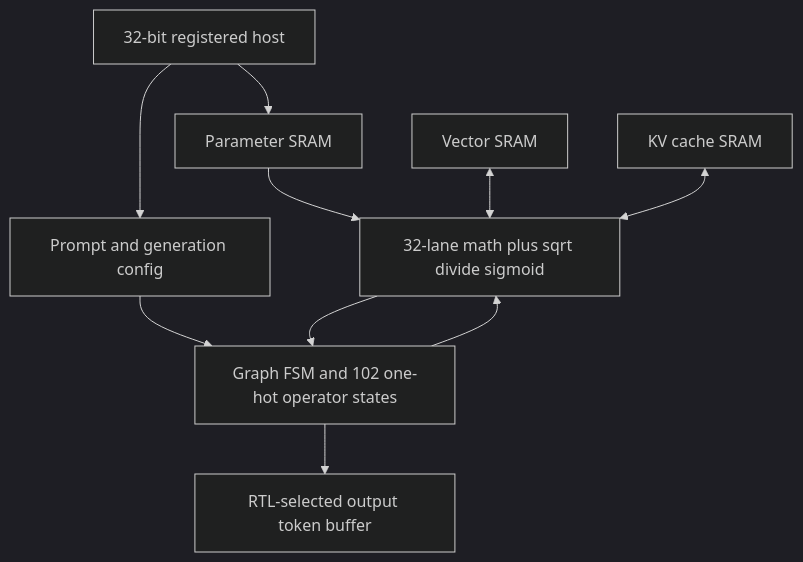
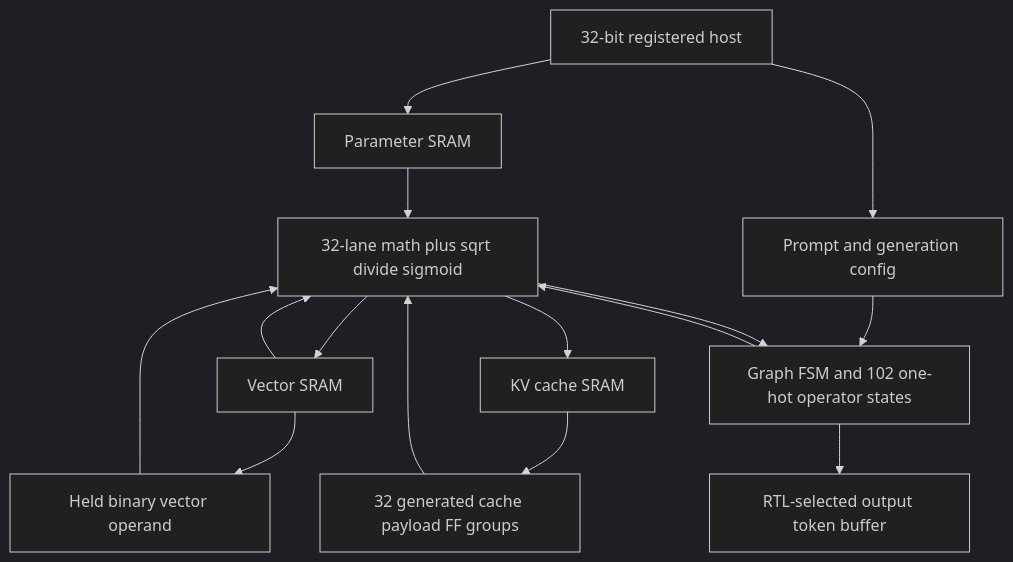
The diagram in docs/source_guide/blocks/llm_soc.sv.md (nguyennhutkhanhtom/NPU), drawn with Mermaid (dark theme) before and after one commit. The commit also changed other lines of this file and 54 other files, not shown here.

Commit message:
Separate cache payload registers; verify synthesis and six unit groups

````diff
--- a/docs/source_guide/blocks/llm_soc.sv.md
+++ b/docs/source_guide/blocks/llm_soc.sv.md
@@ -13,12 +13,17 @@
 ```mermaid
 flowchart TB
     HOST[32-bit registered host] --> PARAM[Parameter SRAM]
     HOST --> TOKENS[Prompt and generation config]
     TOKENS --> GRAPH[Graph FSM and 102 one-hot operator states]
     GRAPH --> SIMD[32-lane math plus sqrt divide sigmoid]
     PARAM --> SIMD
-    VECTOR[Vector SRAM] <--> SIMD
-    KV[KV cache SRAM] <--> SIMD
+    VECTOR[Vector SRAM] --> SECOND[Held binary vector operand]
+    VECTOR --> SIMD
+    SECOND --> SIMD
+    SIMD --> VECTOR
+    KV[KV cache SRAM] --> CACHE[32 generated cache payload FF groups]
+    CACHE --> SIMD
+    SIMD --> KV
     SIMD --> GRAPH
     GRAPH --> OUTPUT[RTL-selected output token buffer]
 ```
````
